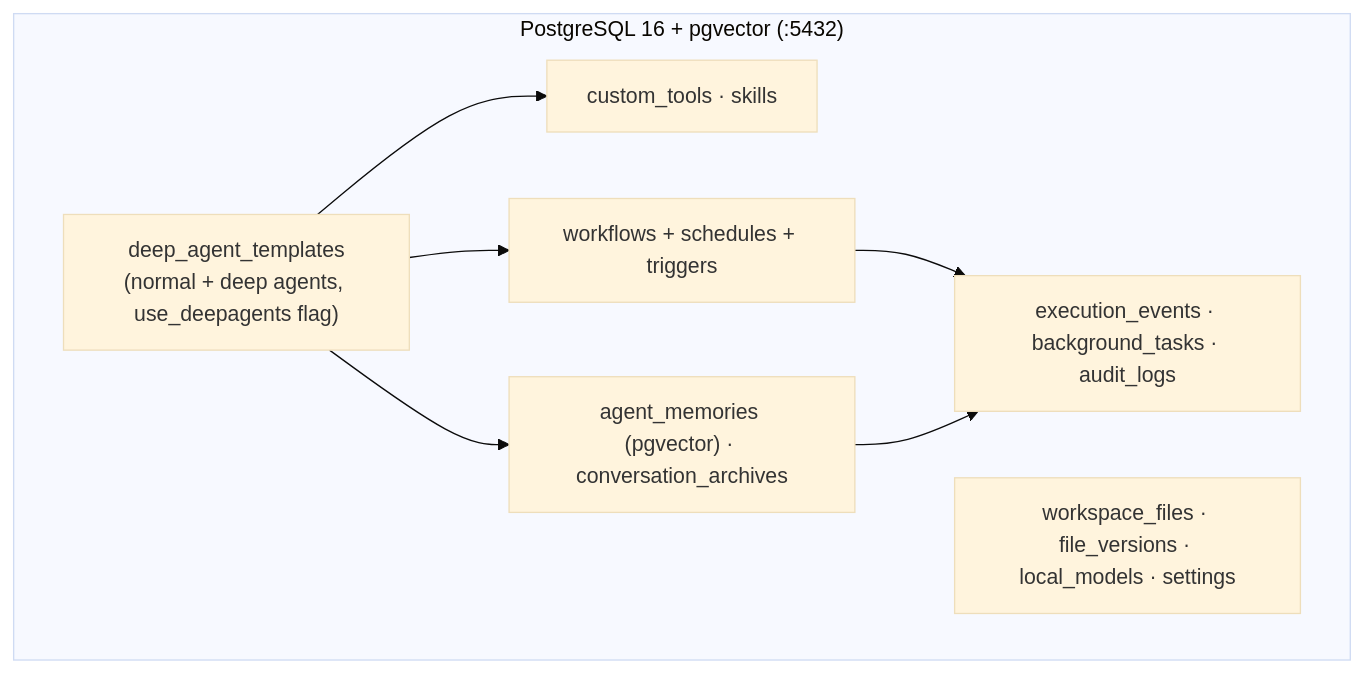
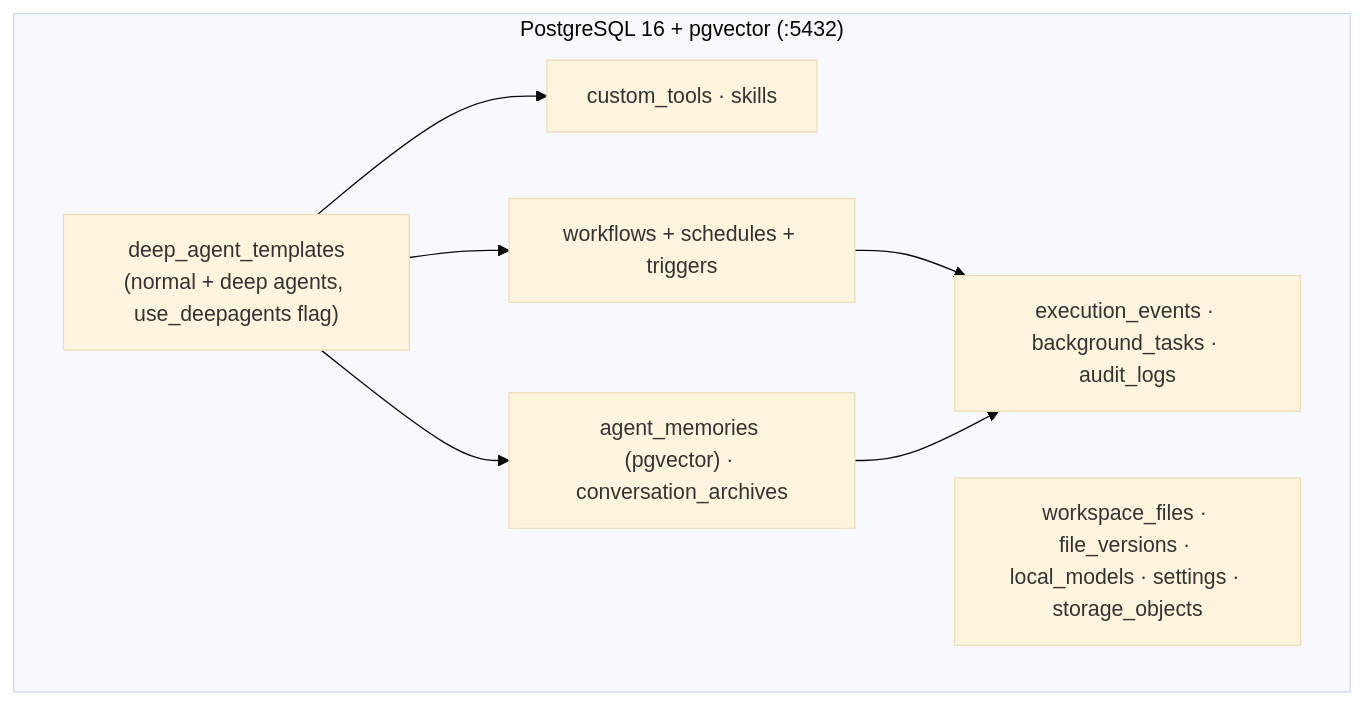
Before and after one commit to sailor723/langconfig: the ninth of 13 diagrams in docs/system-architecture.md, drawn with Mermaid (base theme). The commit also changed other lines of this file and 2 other files, not shown here.

First line of the commit message:
fix(storage): align StorageObject with migration 018 + escape LIKE prefix in DbStorageBackend.list()

````diff
--- a/docs/system-architecture.md
+++ b/docs/system-architecture.md
@@ -559,16 +561,16 @@
 ```mermaid
 flowchart TB
     subgraph PG["PostgreSQL 16 + pgvector (:5432)"]
         T1["deep_agent_templates<br/>(normal + deep agents, use_deepagents flag)"]
         T2["custom_tools · skills"]
         T3["workflows + schedules + triggers"]
         T4["agent_memories (pgvector) · conversation_archives"]
         T5["execution_events · background_tasks · audit_logs"]
-        T6["workspace_files · file_versions · local_models · settings"]
+        T6["workspace_files · file_versions · local_models · settings · storage_objects"]
     end
     T1 --> T2
     T1 --> T3
     T1 --> T4
     T3 --> T5
     T4 --> T5
 ```
````
